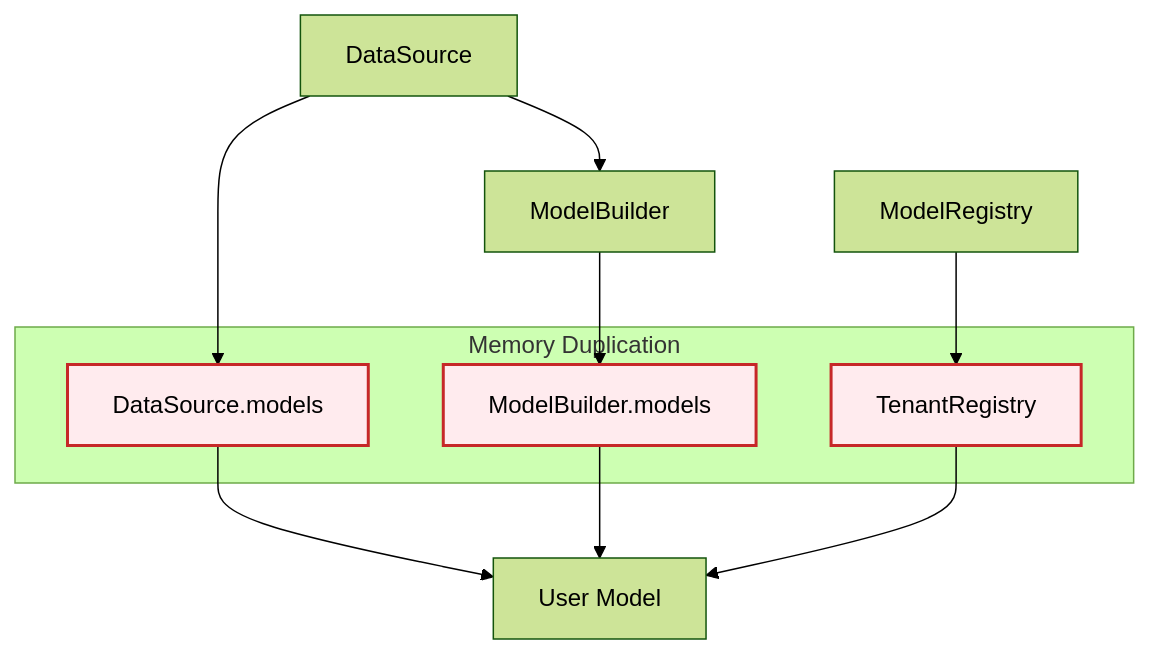
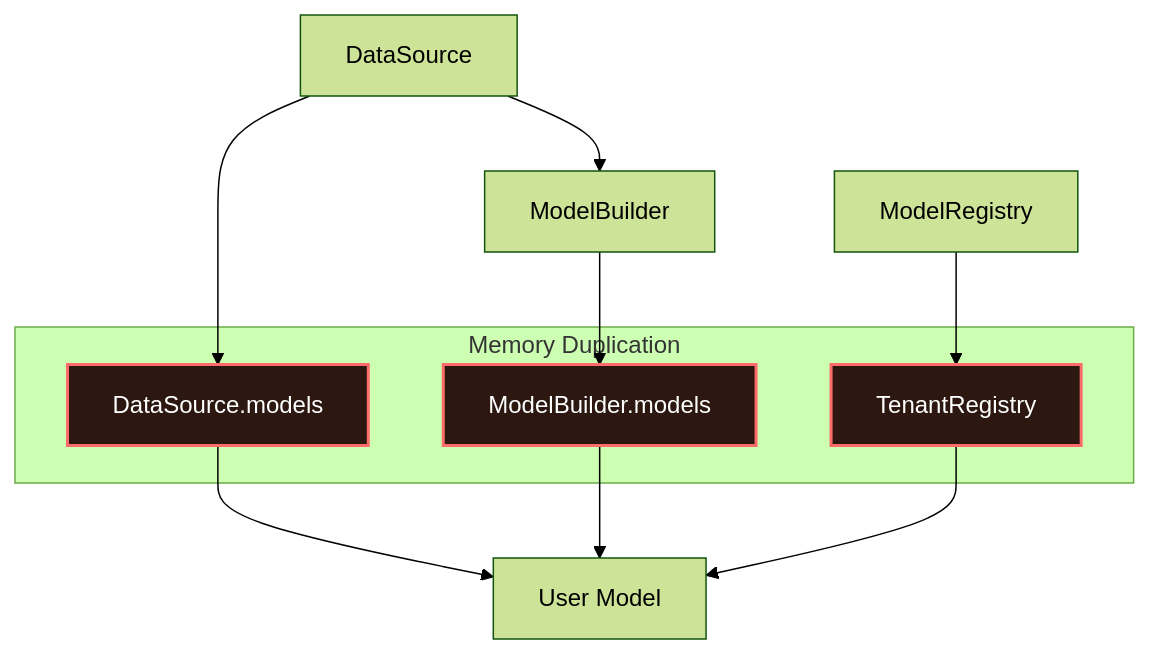
Before and after one commit to perkd/loopback-datasource-juggler: the first of 4 diagrams in docs/multitenant/centralized-model-registry-architecture.md, drawn with Mermaid (forest theme). The commit also changed other lines of this file and 2 other files, not shown here.

Commit message:
docs - centralized-model-registry-architecture

````diff
--- a/docs/multitenant/centralized-model-registry-architecture.md
+++ b/docs/multitenant/centralized-model-registry-architecture.md
@@ -11,20 +16,20 @@
 ```mermaid
 graph TD
     A[DataSource] --> B[ModelBuilder]
     A --> C[DataSource.models]
     B --> D[ModelBuilder.models]
     E[ModelRegistry] --> F[TenantRegistry]
     
     C --> G[User Model]
     D --> G
     F --> G
     
     subgraph "Memory Duplication"
         C
         D
         F
     end
     
-    classDef duplicate fill:#ffebee,stroke:#c62828,stroke-width:2px;
+    classDef duplicate fill:#2c1810,stroke:#ff6b6b,stroke-width:2px,color:#ffffff;
     class C,D,F duplicate;
 ```
````
